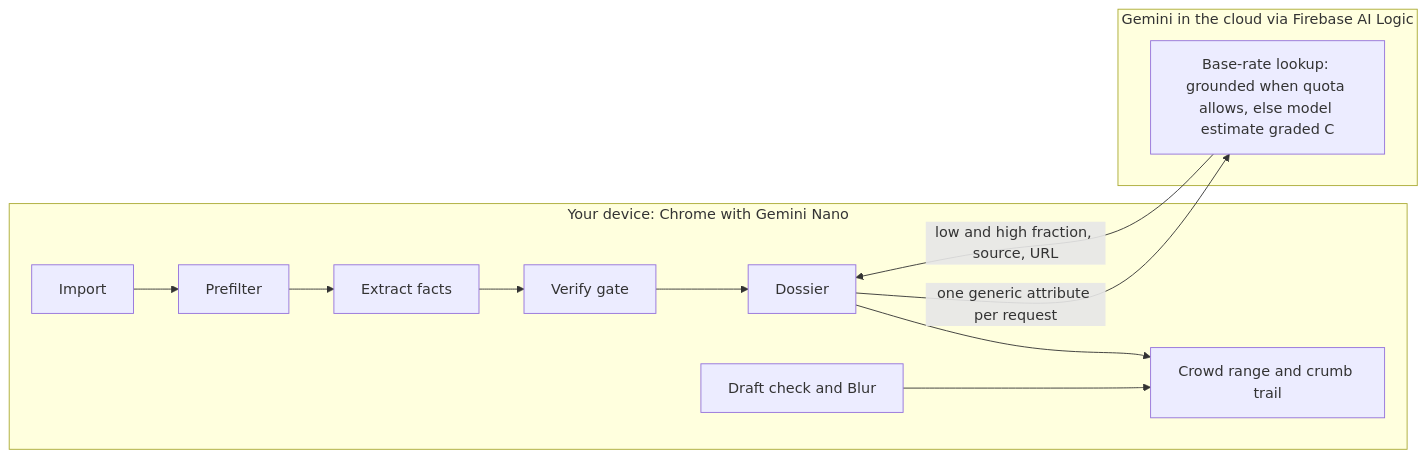
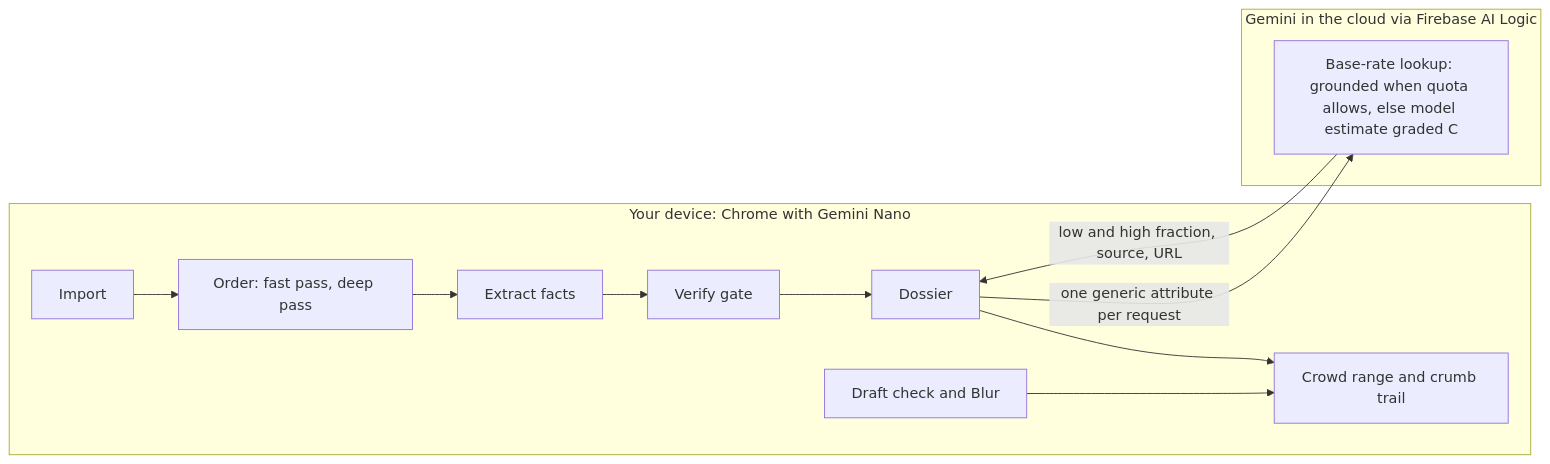
One commit to apexxx01/oneof changed the diagram in README.md. Above: the diagram before and after it, drawn with Mermaid. The commit also changed other lines of this file and 9 other files, not shown here.

````diff
--- a/README.md
+++ b/README.md
@@ -35,16 +35,16 @@
 ```mermaid
 flowchart LR
   subgraph Device["Your device: Chrome with Gemini Nano"]
-    I[Import] --> P[Prefilter]
+    I[Import] --> P[Order: fast pass, deep pass]
     P --> X[Extract facts]
     X --> V[Verify gate]
     V --> D[Dossier]
     D --> E[Crowd range and crumb trail]
     DR[Draft check and Blur] --> E
   end
   subgraph Cloud["Gemini in the cloud via Firebase AI Logic"]
     B[Base-rate lookup: grounded when quota allows, else model estimate graded C]
   end
   D -->|one generic attribute per request| B
   B -->|low and high fraction, source, URL| D
 ```
````
